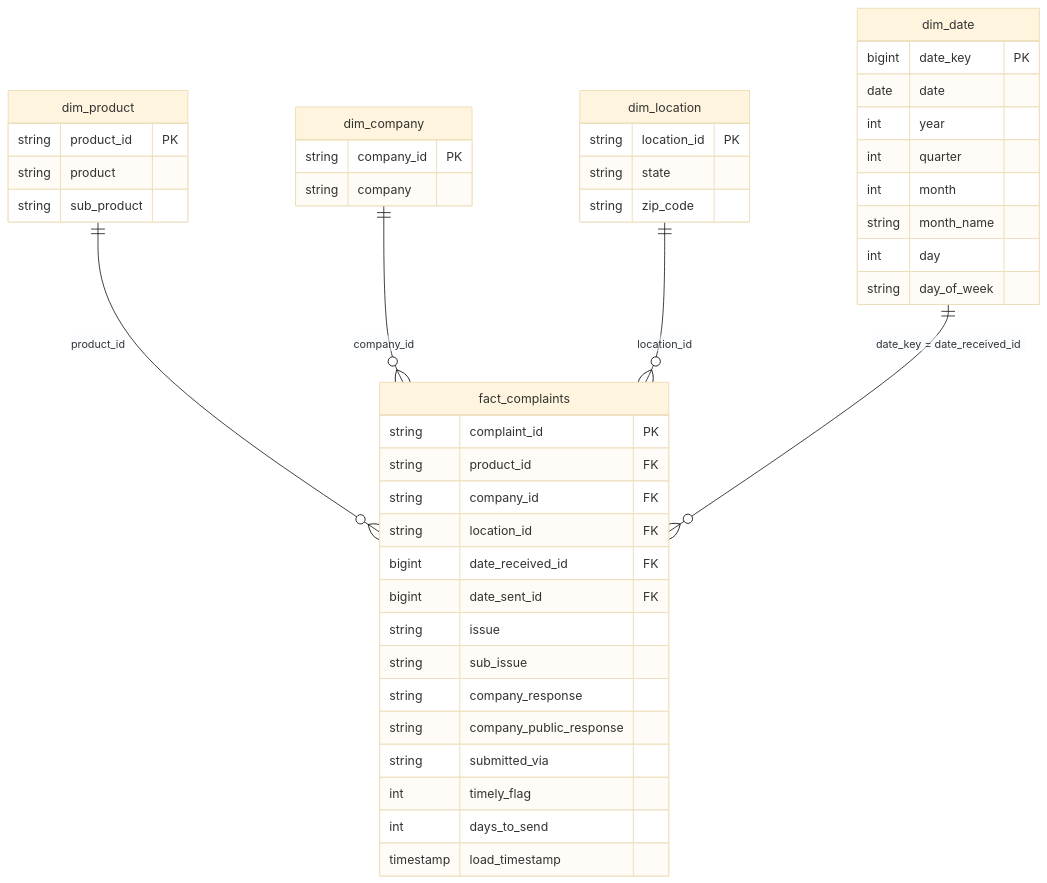
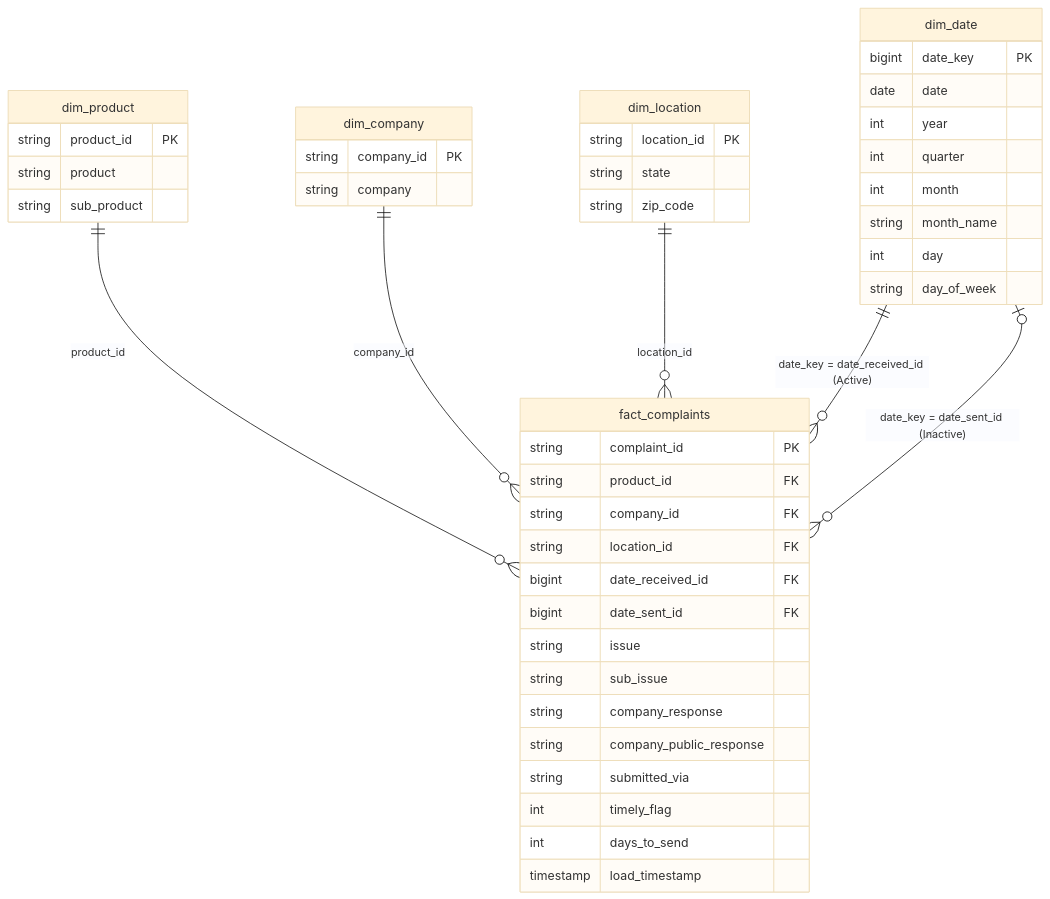
Before and after one commit to Salmanali005/Consumer-Financial-Complaint-Analytics: the diagram in README.md, drawn with Mermaid (base theme). The commit also changed other lines of this file, not shown here.

````diff
--- a/README.md
+++ b/README.md
@@ -184,48 +311,50 @@
 ```mermaid
 erDiagram
     dim_product  ||--o{ fact_complaints : "product_id"
     dim_company  ||--o{ fact_complaints : "company_id"
     dim_location ||--o{ fact_complaints : "location_id"
-    dim_date     ||--o{ fact_complaints : "date_key = date_received_id"
+    dim_date     ||--o{ fact_complaints : "date_key = date_received_id (Active)"
+    dim_date     |o--o{ fact_complaints : "date_key = date_sent_id (Inactive)"
 
     fact_complaints {
         string complaint_id PK
         string product_id FK
         string company_id FK
         string location_id FK
         bigint date_received_id FK
         bigint date_sent_id FK
         string issue
         string sub_issue
         string company_response
         string company_public_response
         string submitted_via
         int timely_flag
         int days_to_send
         timestamp load_timestamp
     }
     dim_product {
         string product_id PK
         string product
         string sub_product
     }
     dim_company {
         string company_id PK
         string company
     }
     dim_location {
         string location_id PK
         string state
         string zip_code
     }
     dim_date {
         bigint date_key PK
         date date
         int year
         int quarter
         int month
         string month_name
         int day
         string day_of_week
     }
+
 ```
````
